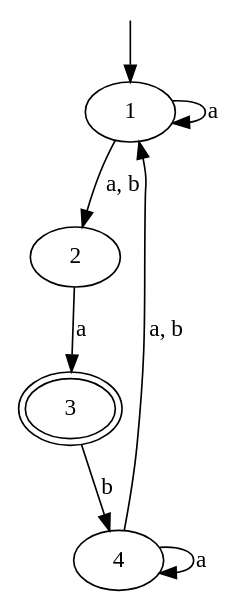
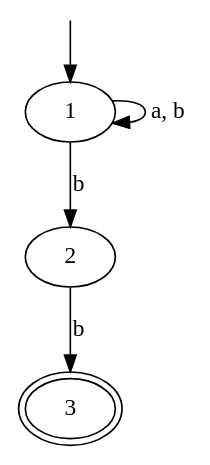
The diagram in nfa.dot (p9romain/automaton), drawn with Graphviz before and after one commit. The commit also changed 8 other files, not shown here.

```diff
--- a/nfa.dot
+++ b/nfa.dot
@@ -1,12 +1,9 @@
 digraph automaton
 {
   __INVISIBLE_NODE_0__ [label= "", shape=none,height=.0,width=.0] ;
   __INVISIBLE_NODE_0__ -> 1 ;
   3 [peripheries=2] ;
-  4 -> 4 [label="a"] ;
-  4 -> 1 [label="a, b"] ;
-  3 -> 4 [label="b"] ;
-  2 -> 3 [label="a"] ;
-  1 -> 2 [label="a, b"] ;
-  1 -> 1 [label="a"] ;
+  2 -> 3 [label="b"] ;
+  1 -> 2 [label="b"] ;
+  1 -> 1 [label="a, b"] ;
 }
```
